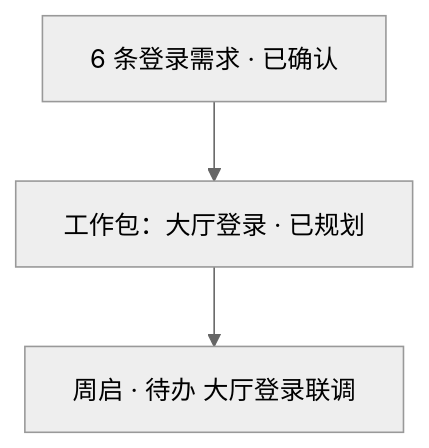
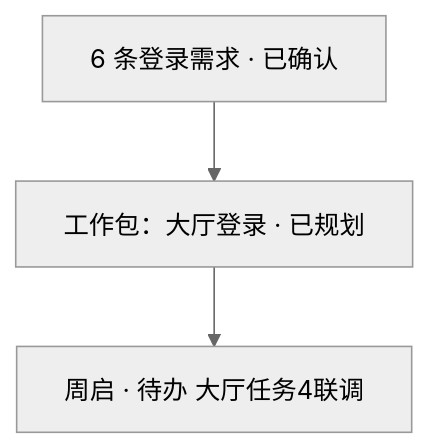
One commit to qiusuo0226/chrono-pm-skill changed the third of 4 diagrams in examples/05-确认需求和工作包.md. Above: the diagram before and after it, drawn with Mermaid (neutral theme). The commit also changed 16 other files, not shown here.

````diff
--- a/examples/05-确认需求和工作包.md
+++ b/examples/05-确认需求和工作包.md
@@ -87,5 +87,5 @@
 ```mermaid
 flowchart TB
     REQ["6 条登录需求 · 已确认"] --> WP["工作包：大厅登录 · 已规划"]
-    WP --> TD["周启 · 待办 大厅登录联调"]
+    WP --> TD["周启 · 待办 大厅任务4联调"]
 ```
````
